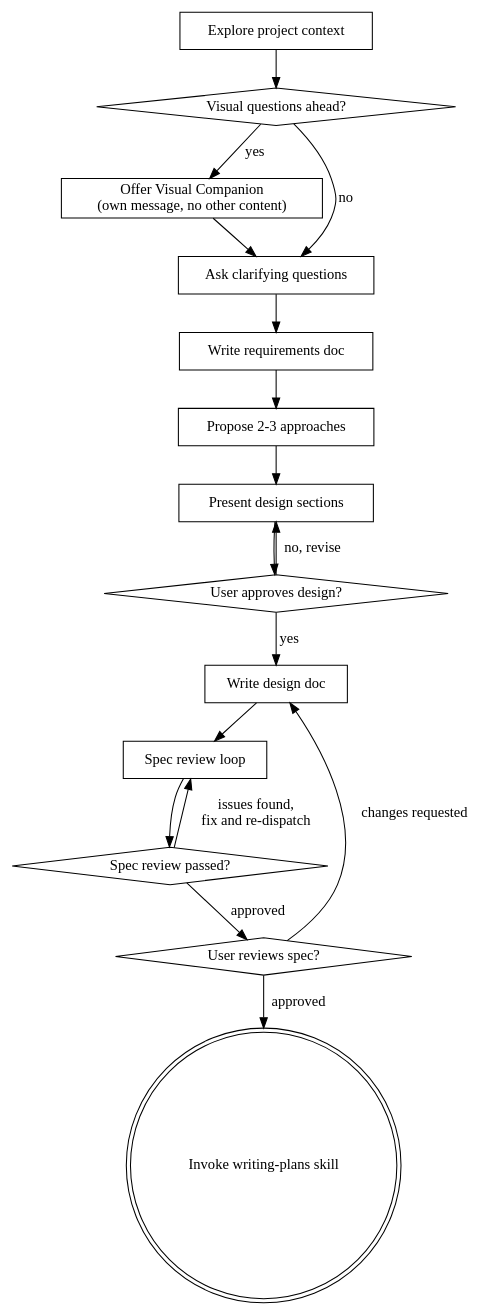
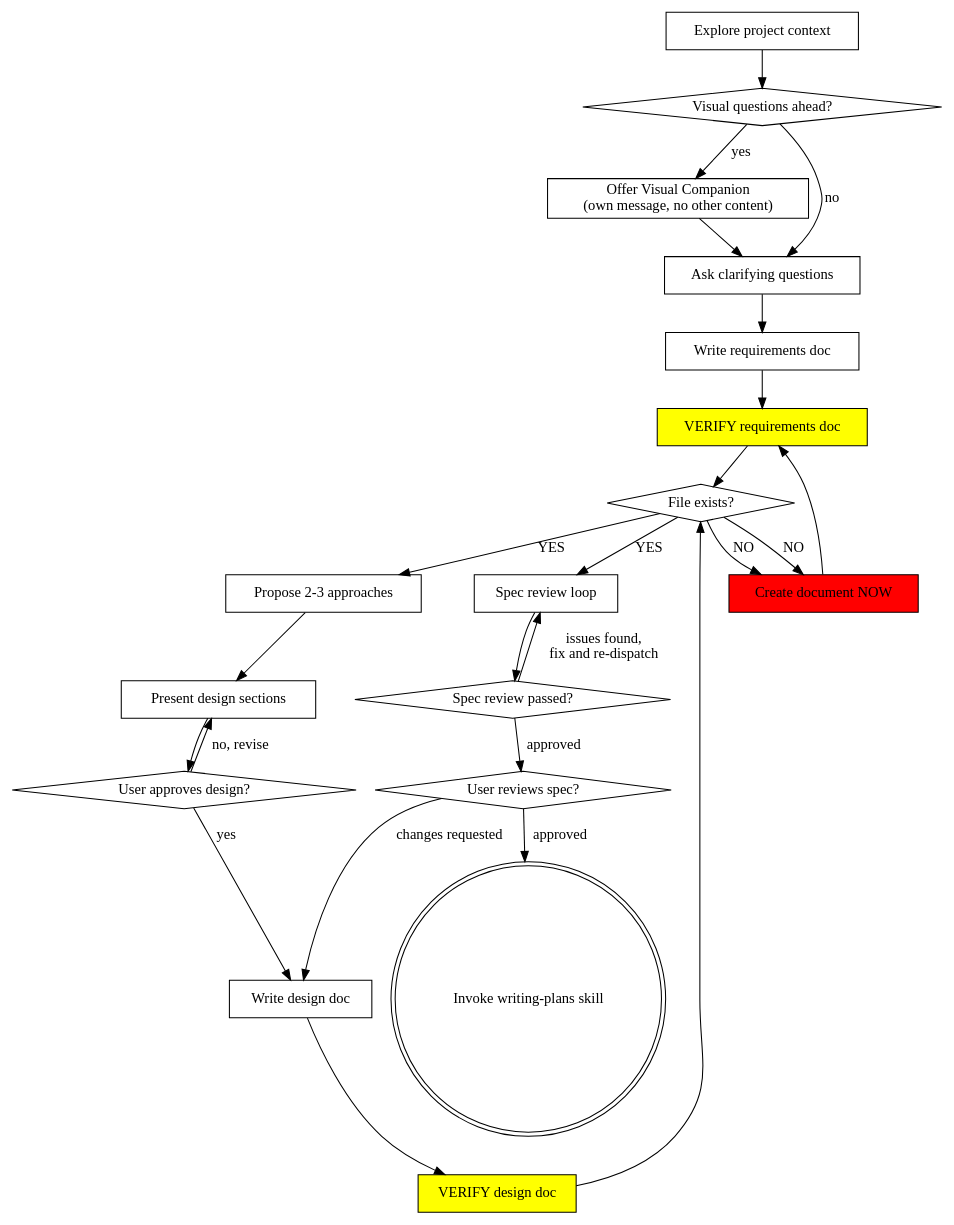
The diagram in skills/brainstorming/SKILL.md (changanx/xo1997-dev), drawn with Graphviz before and after one commit. The commit also changed other lines of this file and 3 other files, not shown here.

````diff
--- a/skills/brainstorming/SKILL.md
+++ b/skills/brainstorming/SKILL.md
@@ -57,34 +82,46 @@
 ```dot
 digraph brainstorming {
     "Explore project context" [shape=box];
     "Visual questions ahead?" [shape=diamond];
     "Offer Visual Companion\n(own message, no other content)" [shape=box];
     "Ask clarifying questions" [shape=box];
     "Write requirements doc" [shape=box];
+    "VERIFY requirements doc" [shape=box style=filled fillcolor=yellow];
+    "File exists?" [shape=diamond];
+    "Create document NOW" [shape=box style=filled fillcolor=red];
     "Propose 2-3 approaches" [shape=box];
     "Present design sections" [shape=box];
     "User approves design?" [shape=diamond];
     "Write design doc" [shape=box];
+    "VERIFY design doc" [shape=box style=filled fillcolor=yellow];
+    "File exists?" [shape=diamond];
     "Spec review loop" [shape=box];
     "Spec review passed?" [shape=diamond];
     "User reviews spec?" [shape=diamond];
     "Invoke writing-plans skill" [shape=doublecircle];
 
     "Explore project context" -> "Visual questions ahead?";
     "Visual questions ahead?" -> "Offer Visual Companion\n(own message, no other content)" [label="yes"];
     "Visual questions ahead?" -> "Ask clarifying questions" [label="no"];
     "Offer Visual Companion\n(own message, no other content)" -> "Ask clarifying questions";
     "Ask clarifying questions" -> "Write requirements doc";
-    "Write requirements doc" -> "Propose 2-3 approaches";
+    "Write requirements doc" -> "VERIFY requirements doc";
+    "VERIFY requirements doc" -> "File exists?";
+    "File exists?" -> "Create document NOW" [label="NO"];
+    "Create document NOW" -> "VERIFY requirements doc";
+    "File exists?" -> "Propose 2-3 approaches" [label="YES"];
     "Propose 2-3 approaches" -> "Present design sections";
     "Present design sections" -> "User approves design?";
     "User approves design?" -> "Present design sections" [label="no, revise"];
     "User approves design?" -> "Write design doc" [label="yes"];
-    "Write design doc" -> "Spec review loop";
+    "Write design doc" -> "VERIFY design doc";
+    "VERIFY design doc" -> "File exists?";
+    "File exists?" -> "Create document NOW" [label="NO"];
+    "File exists?" -> "Spec review loop" [label="YES"];
     "Spec review loop" -> "Spec review passed?";
     "Spec review passed?" -> "Spec review loop" [label="issues found,\nfix and re-dispatch"];
     "Spec review passed?" -> "User reviews spec?" [label="approved"];
     "User reviews spec?" -> "Write design doc" [label="changes requested"];
     "User reviews spec?" -> "Invoke writing-plans skill" [label="approved"];
 }
 ```
````
